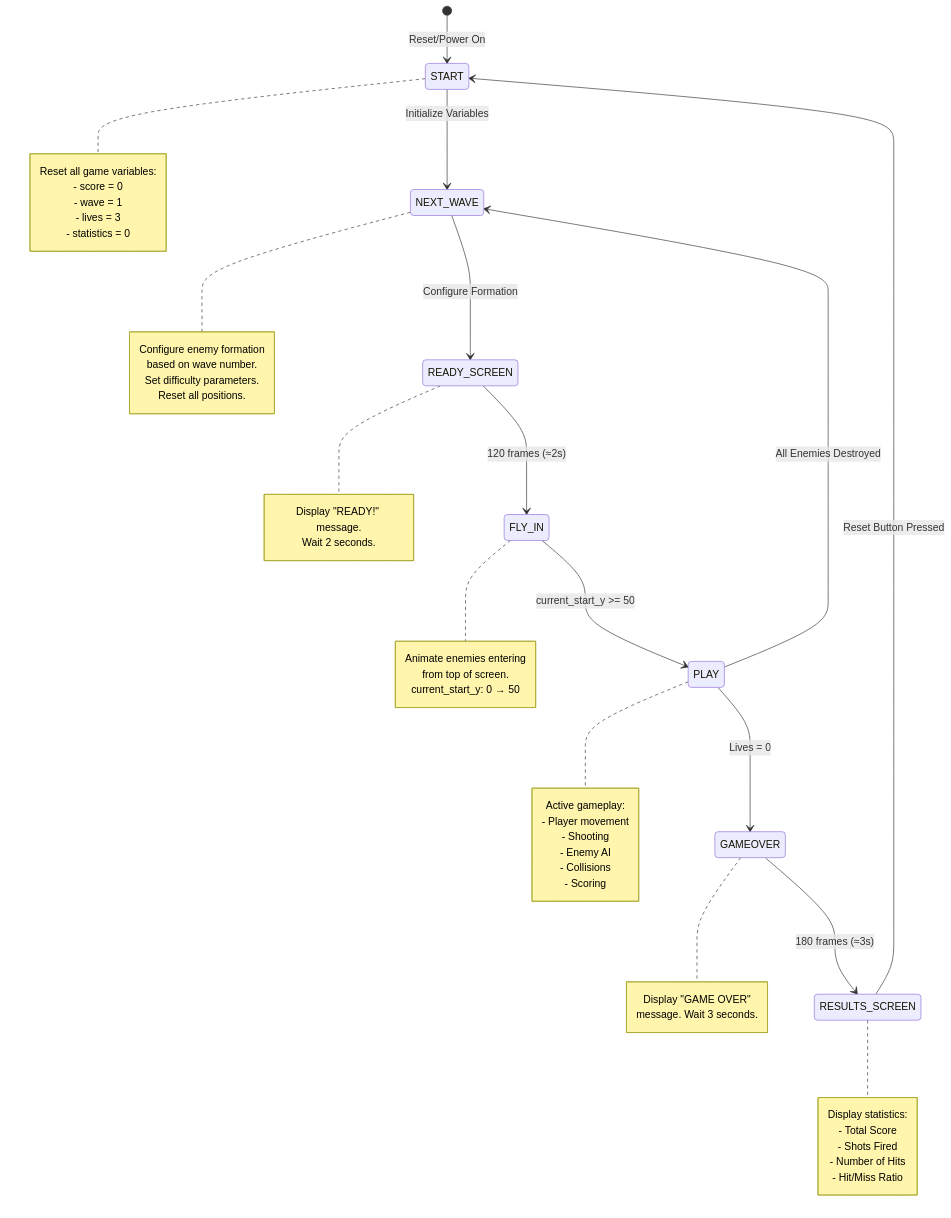
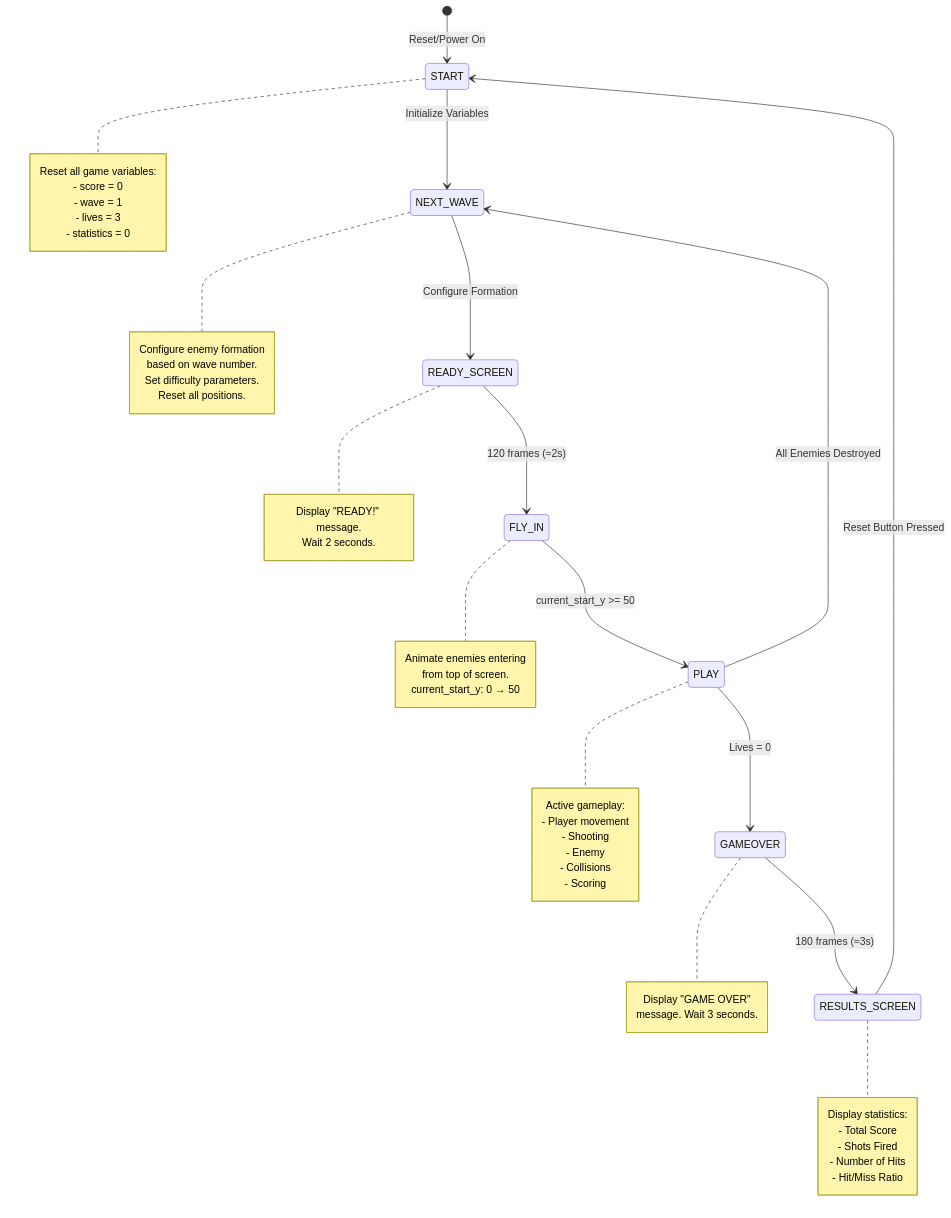
One commit to michaelmosch15/CPE487galaga changed the first of 2 diagrams in README.md. Above: the diagram before and after it, drawn with Mermaid. The commit also changed other lines of this file, not shown here.

````diff
--- a/README.md
+++ b/README.md
@@ -234,67 +234,67 @@
 ```mermaid
 stateDiagram-v2
     [*] --> START: Reset/Power On
     
     START --> NEXT_WAVE: Initialize Variables
     
     NEXT_WAVE --> READY_SCREEN: Configure Formation
     
     READY_SCREEN --> FLY_IN: 120 frames (≈2s)
     
     FLY_IN --> PLAY: current_start_y >= 50
     
     PLAY --> NEXT_WAVE: All Enemies Destroyed
     PLAY --> GAMEOVER: Lives = 0
     
     GAMEOVER --> RESULTS_SCREEN: 180 frames (≈3s)
     
     RESULTS_SCREEN --> START: Reset Button Pressed
     
     note right of START
         Reset all game variables:
         - score = 0
         - wave = 1
         - lives = 3
         - statistics = 0
     end note
     
     note right of NEXT_WAVE
         Configure enemy formation
         based on wave number.
         Set difficulty parameters.
         Reset all positions.
     end note
     
     note right of READY_SCREEN
         Display "READY!" message.
         Wait 2 seconds.
     end note
     
     note right of FLY_IN
         Animate enemies entering
         from top of screen.
         current_start_y: 0 → 50
     end note
     
     note right of PLAY
         Active gameplay:
         - Player movement
         - Shooting
-        - Enemy AI
+        - Enemy 
         - Collisions
         - Scoring
     end note
     
     note right of GAMEOVER
         Display "GAME OVER"
         message. Wait 3 seconds.
     end note
     
     note right of RESULTS_SCREEN
         Display statistics:
         - Total Score
         - Shots Fired
         - Number of Hits
         - Hit/Miss Ratio
     end note
 ```
````
